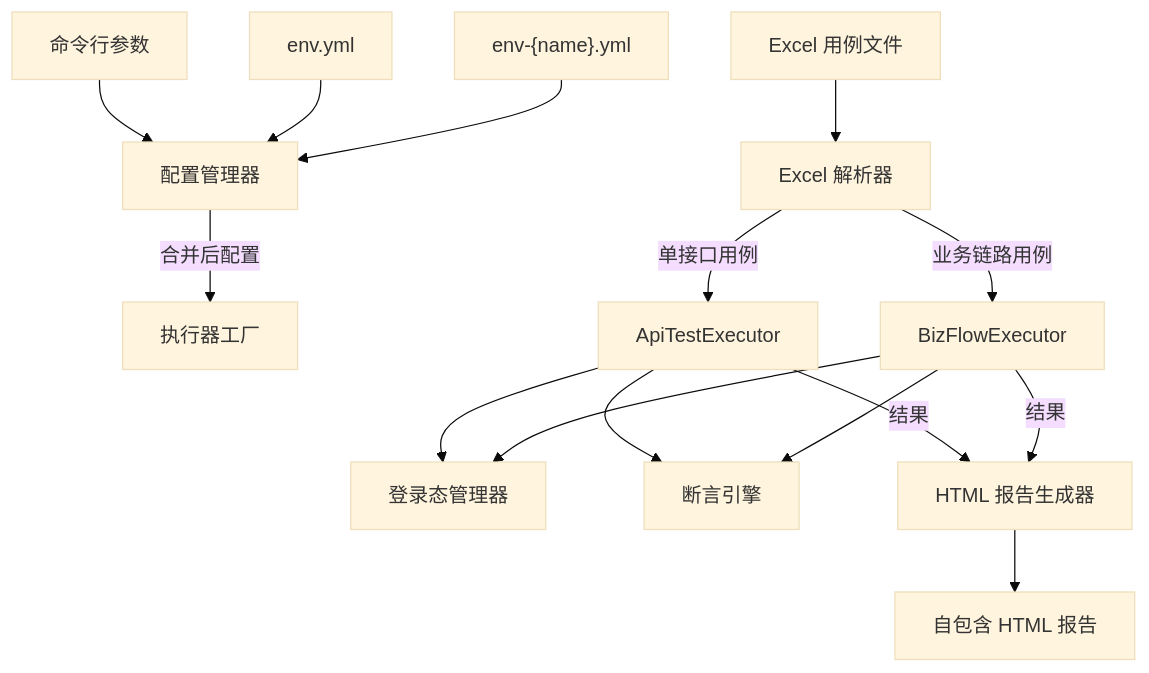
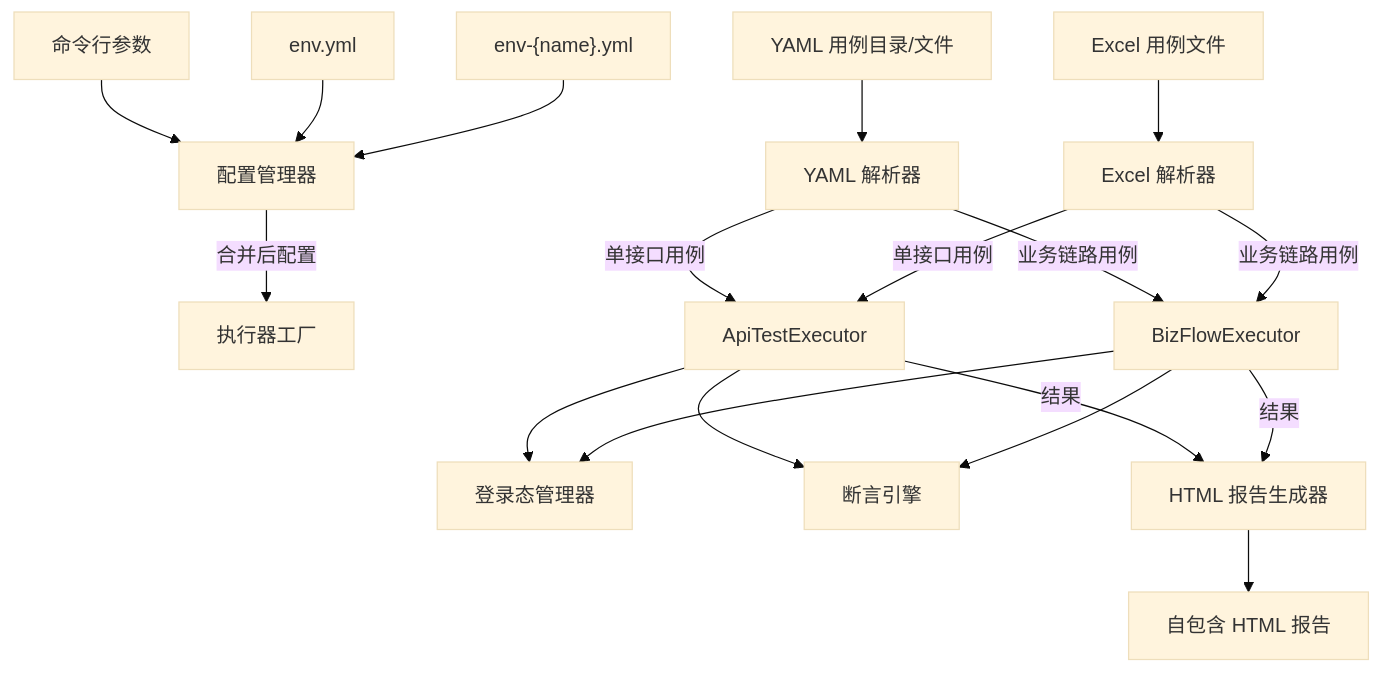
The first of 3 diagrams in python/README.md (Remon-16/flow-forge), drawn with Mermaid (base theme) before and after one commit. The commit also changed other lines of this file and 5 other files, not shown here.

````diff
--- a/python/README.md
+++ b/python/README.md
@@ -9,17 +9,20 @@
 ```mermaid
 graph TD
     CLI[命令行参数] --> CM[配置管理器]
     ENV[env.yml] --> CM
     ENV_APP["env-{name}.yml"] --> CM
     CM --> |合并后配置| EXEC[执行器工厂]
+    YAML[YAML 用例目录/文件] --> YP[YAML 解析器]
     EXCEL[Excel 用例文件] --> EP[Excel 解析器]
-    EP --> |单接口用例| API_EXEC[ApiTestExecutor]
-    EP --> |业务链路用例| BIZ_EXEC[BizFlowExecutor]
+    YP --> |单接口用例| API_EXEC[ApiTestExecutor]
+    YP --> |业务链路用例| BIZ_EXEC[BizFlowExecutor]
+    EP --> |单接口用例| API_EXEC
+    EP --> |业务链路用例| BIZ_EXEC
     API_EXEC --> LM[登录态管理器]
     BIZ_EXEC --> LM
     API_EXEC --> AE[断言引擎]
     BIZ_EXEC --> AE
     API_EXEC --> |结果| REPORT[HTML 报告生成器]
     BIZ_EXEC --> |结果| REPORT
     REPORT --> HTML[自包含 HTML 报告]
 ```
````
